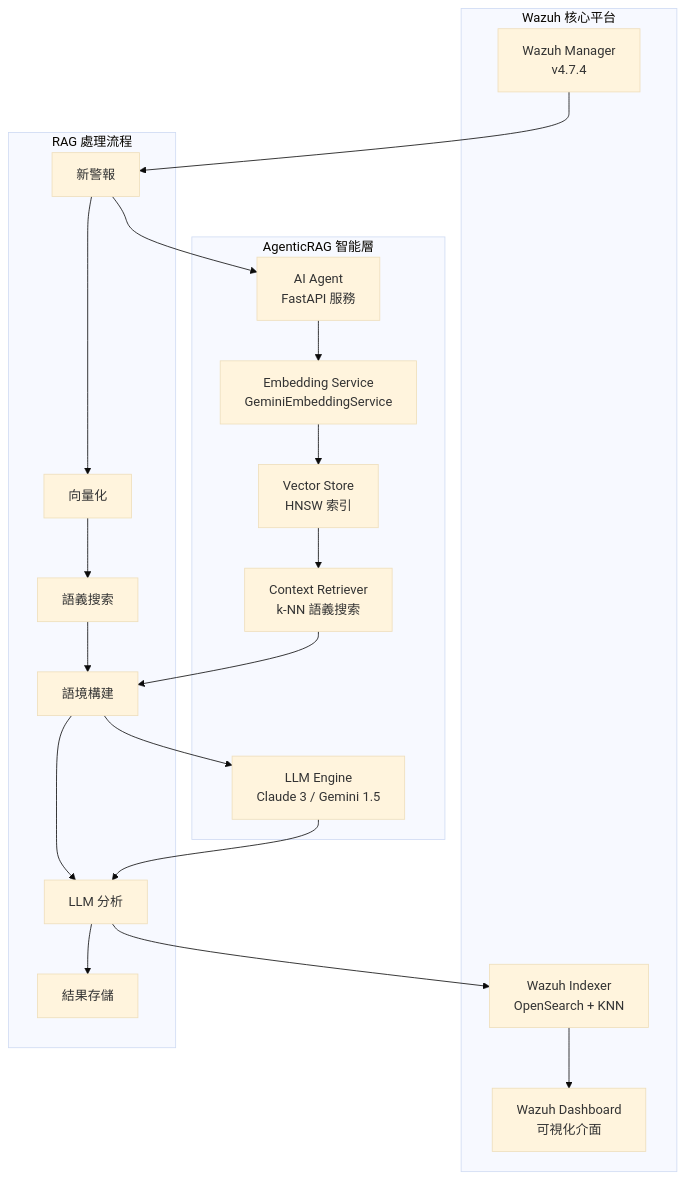
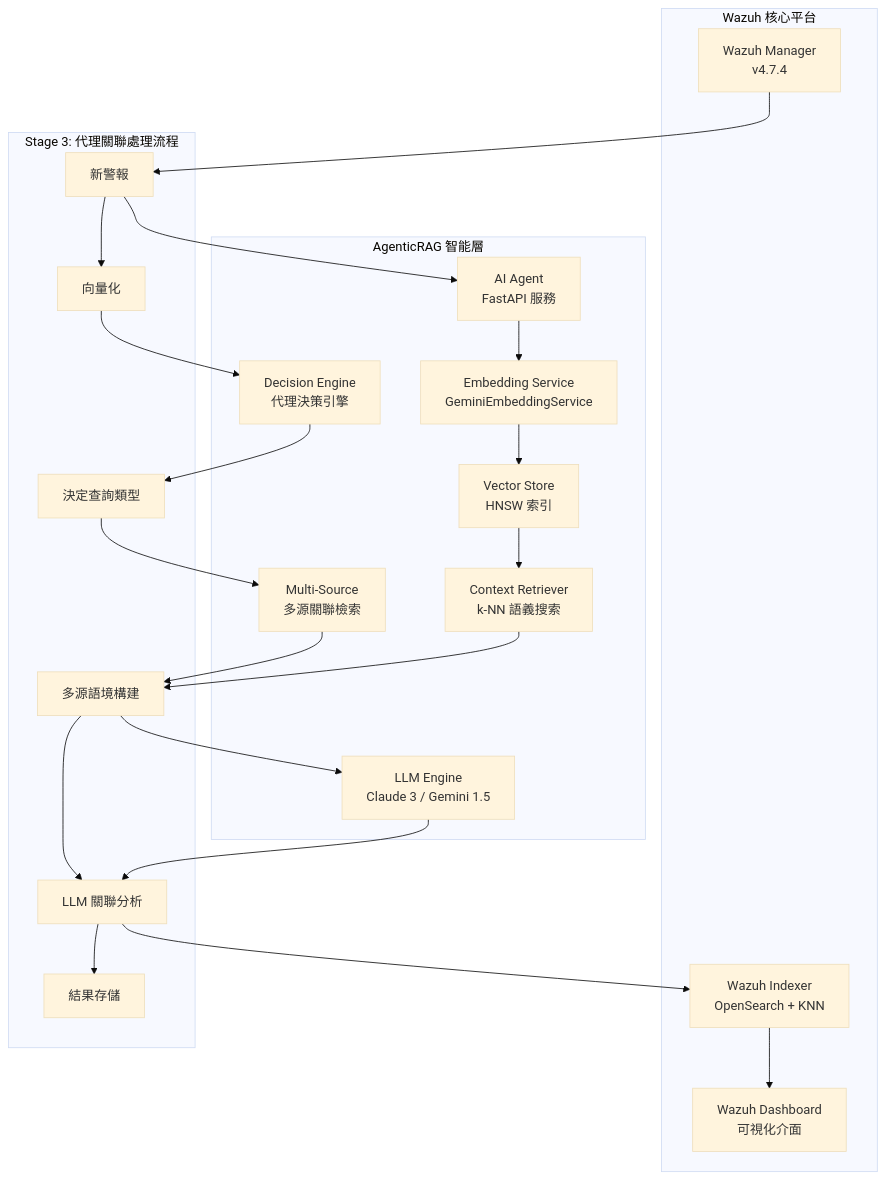
The diagram in README.md (trionnemesis/wazuh_ai_agent), drawn with Mermaid (base theme) before and after one commit. The commit also changed other lines of this file, not shown here.

Commit message:
Implement Stage 3: Agentic Context Correlation in RAG architecture

````diff
--- a/README.md
+++ b/README.md
@@ -18,35 +18,39 @@
 ```mermaid
 flowchart TD
     subgraph "Wazuh 核心平台"
         WM[Wazuh Manager<br/>v4.7.4]
         WI[Wazuh Indexer<br/>OpenSearch + KNN]  
         WD[Wazuh Dashboard<br/>可視化介面]
     end
     
     subgraph "AgenticRAG 智能層"
         AA[AI Agent<br/>FastAPI 服務]
         ES[Embedding Service<br/>GeminiEmbeddingService]
         VS[Vector Store<br/>HNSW 索引]
         LLM[LLM Engine<br/>Claude 3 / Gemini 1.5]
         CR[Context Retriever<br/>k-NN 語義搜索]
+        DE[Decision Engine<br/>代理決策引擎]
+        MS[Multi-Source<br/>多源關聯檢索]
     end
     
-    subgraph "RAG 處理流程"
+    subgraph "Stage 3: 代理關聯處理流程"
         NA[新警報] --> VE[向量化]
-        VE --> SS[語義搜索]
-        SS --> CB[語境構建]
-        CB --> LA[LLM 分析]
+        VE --> DE
+        DE --> DQ[決定查詢類型]
+        DQ --> MS
+        MS --> CB[多源語境構建]
+        CB --> LA[LLM 關聯分析]
         LA --> US[結果存儲]
     end
     
     WM --> NA
     NA --> AA
     AA --> ES
     ES --> VS
     VS --> CR
     CR --> CB
     CB --> LLM
     LLM --> LA
     LA --> WI
     WI --> WD
 ```
````
